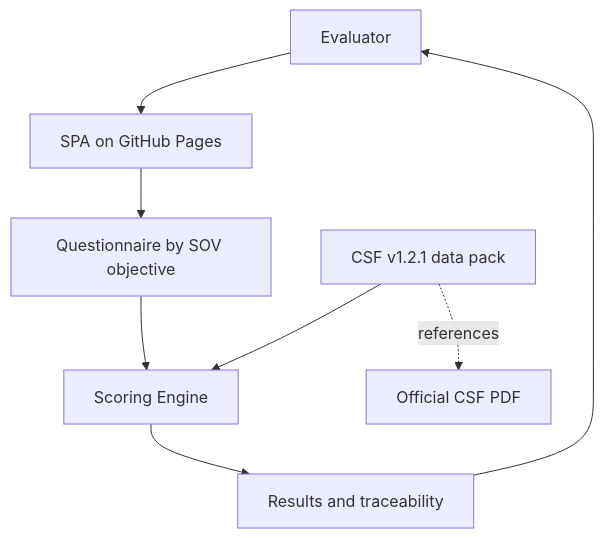
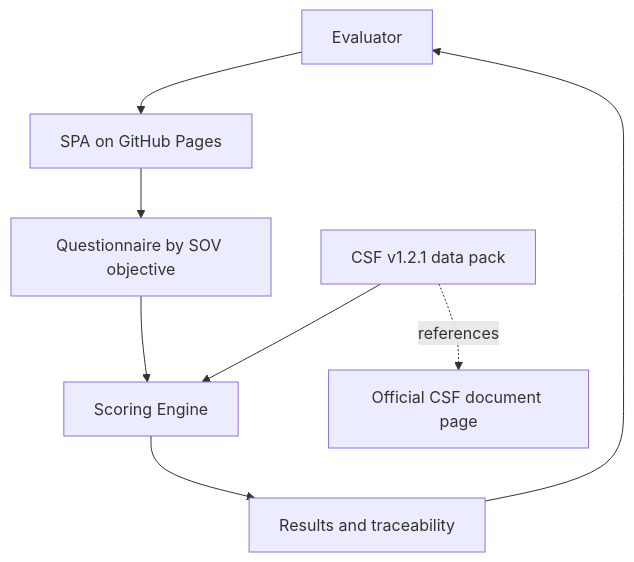
The diagram in README.adoc (Kikkirej/csf-calculator), drawn with Mermaid before and after one commit. The commit also changed other lines of this file and 6 other files, not shown here.

Commit message:
fix: update references to Cloud Sovereignty Framework document and improve UI for SEAL levels

```diff
--- a/README.adoc
+++ b/README.adoc
@@ -94,18 +94,18 @@
 [mermaid]
 ....
 flowchart TD
     User[Evaluator]
     App[SPA on GitHub Pages]
     Forms[Questionnaire by SOV objective]
     Engine[Scoring Engine]
     Results[Results and traceability]
     Source[CSF v1.2.1 data pack]
-    Pdf[Official CSF PDF]
+    Doc[Official CSF document page]
     User --> App
     App --> Forms
     Forms --> Engine
     Source --> Engine
     Engine --> Results
     Results --> User
-    Source -. references .-> Pdf
+    Source -. references .-> Doc
 ....
```
